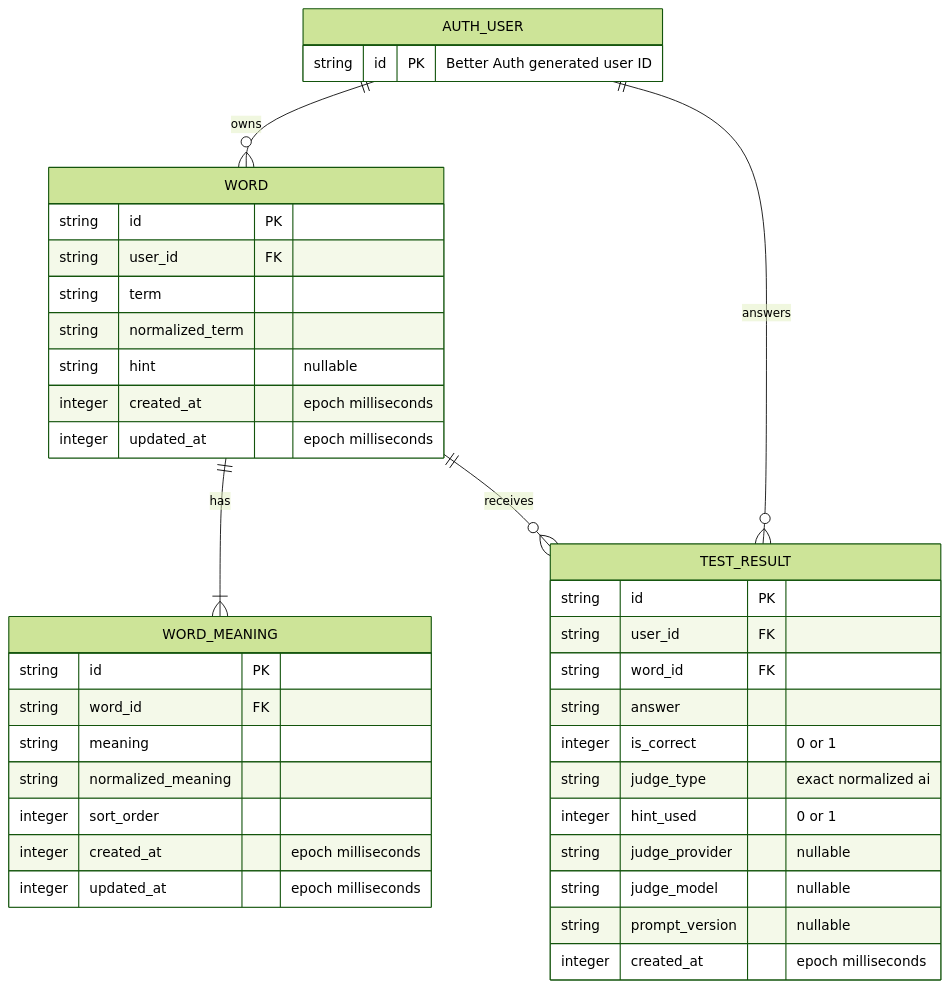
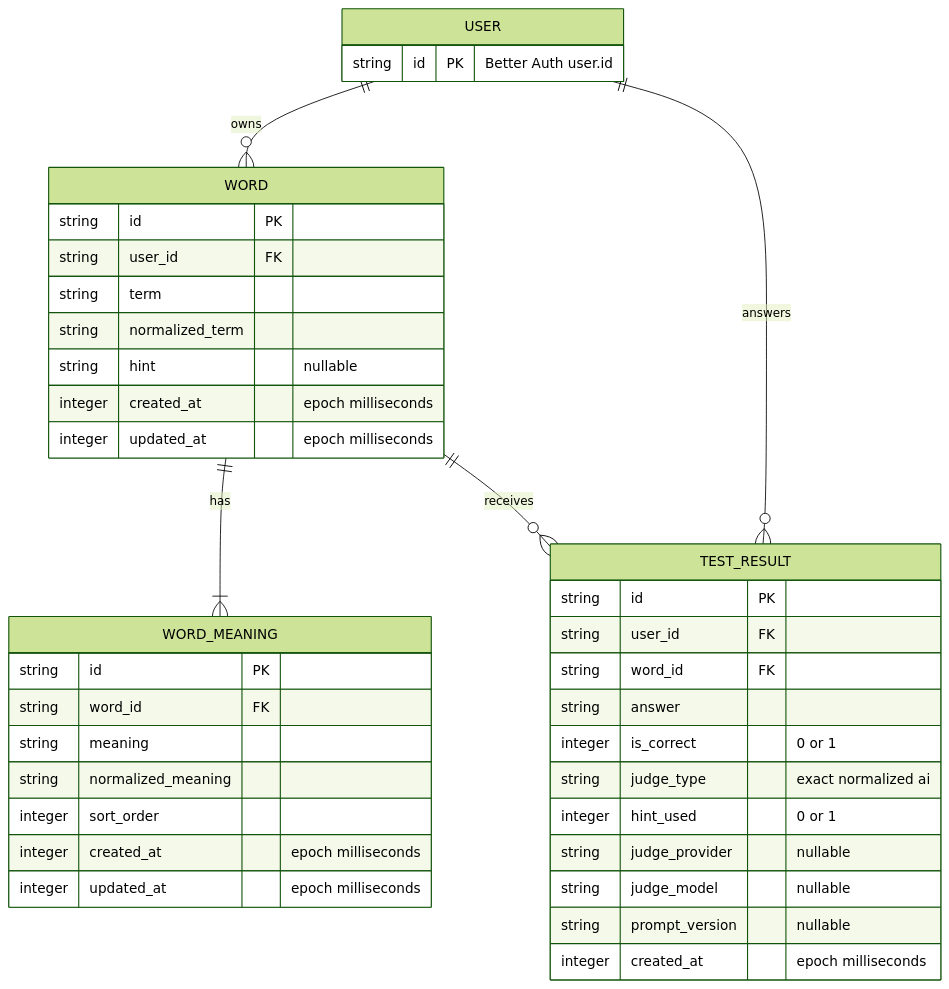
One commit to KuwadaKouhei/Tango changed the diagram in docs/DATABASE.md. Above: the diagram before and after it, drawn with Mermaid (forest theme). The commit also changed other lines of this file and 44 other files, not shown here.

````diff
--- a/docs/DATABASE.md
+++ b/docs/DATABASE.md
@@ -24,42 +24,42 @@
 ```mermaid
 erDiagram
-    AUTH_USER ||--o{ WORD : owns
-    AUTH_USER ||--o{ TEST_RESULT : answers
+    USER ||--o{ WORD : owns
+    USER ||--o{ TEST_RESULT : answers
     WORD ||--|{ WORD_MEANING : has
     WORD ||--o{ TEST_RESULT : receives
 
-    AUTH_USER {
-        string id PK "Better Auth generated user ID"
+    USER {
+        string id PK "Better Auth user.id"
     }
     WORD {
         string id PK
         string user_id FK
         string term
         string normalized_term
         string hint "nullable"
         integer created_at "epoch milliseconds"
         integer updated_at "epoch milliseconds"
     }
     WORD_MEANING {
         string id PK
         string word_id FK
         string meaning
         string normalized_meaning
         integer sort_order
         integer created_at "epoch milliseconds"
         integer updated_at "epoch milliseconds"
     }
     TEST_RESULT {
         string id PK
         string user_id FK
         string word_id FK
         string answer
         integer is_correct "0 or 1"
         string judge_type "exact normalized ai"
         integer hint_used "0 or 1"
         string judge_provider "nullable"
         string judge_model "nullable"
         string prompt_version "nullable"
         integer created_at "epoch milliseconds"
     }
 ```
````
